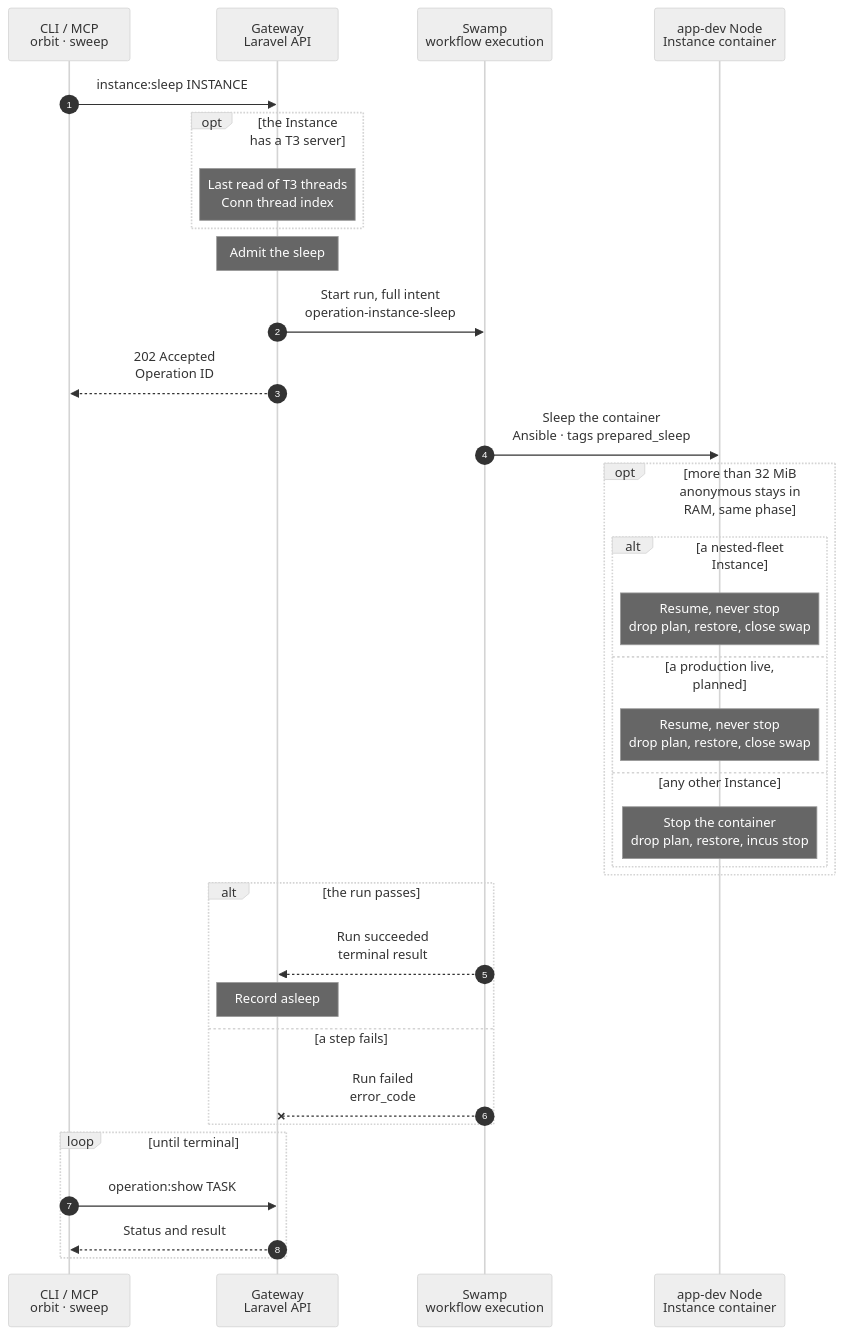
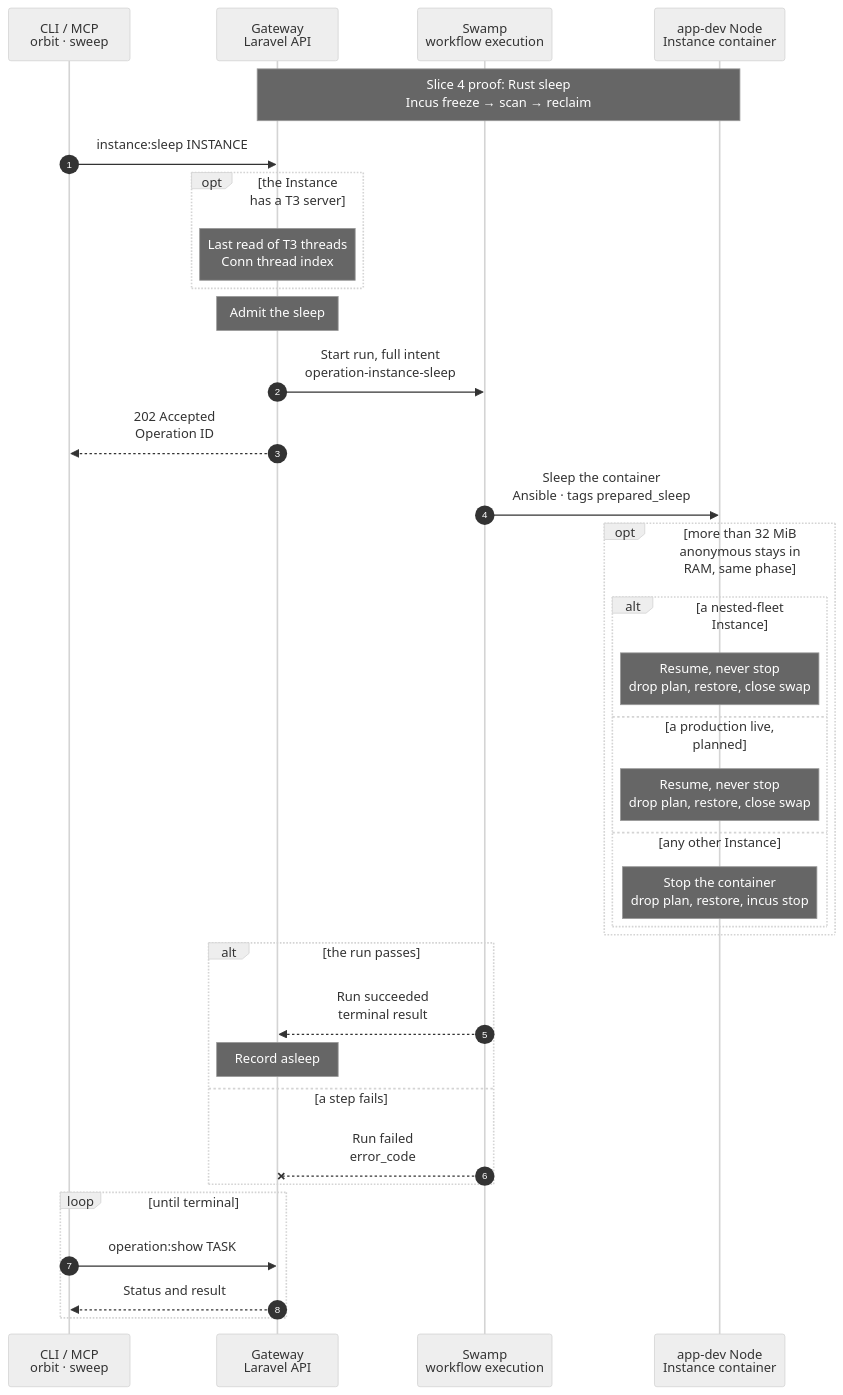
The diagram in docs/cli/instance/sleep.mmd (hardimpactdev/orbit), drawn with Mermaid (neutral theme) before and after one commit. The commit also changed 11 other files, not shown here.

Commit message:
test: cover executor sleep recovery and mark outstanding clone proof

```diff
--- a/docs/cli/instance/sleep.mmd
+++ b/docs/cli/instance/sleep.mmd
@@ -1,113 +1,119 @@
 sequenceDiagram
   %% Container runtime (ADR 0250 step 8, ADR 0261, docs/reference/development-containers.md#sleep-and-wake, docs/reference/prepared-restore.md): freeze a development container, record the pages its processes had resident, move its memory to swap and leave its Route on the wake page. Defaults and nested-fleet Instances sleep under the same rule as clones (owner decision 2026-11-14). The hibernation sweep admits the same kind after an idle hour; the command admits it at once. Planned (ADR 0265, docs/reference/production-containers.md#sleep-and-wake): a production Instance's live release container sleeps by the same rule on its app-prod Node, and never takes the stop.
   %% status: draft
   %% command: instance:sleep
   %% kind: instance.sleep
   %% ADR 0266 slice 4: the proof-only executor.power_proof Operation signs sleep/discard; production instance.sleep stays below until slices 7/8.
   %% Executor sleep: record and fsync non-max subtree swap limits, open them, freeze through Incus local API, scan every process in parallel (pagemap bits 63 OR 62), atomically fsync the plan, reclaim until memory.current settles or 2 s, apply the 32 MiB anonymous policy, write the asleep marker. Recovery keeps an existing valid plan. Discard removes plan and limits after stop/destroy/fresh boot.
   autonumber
   %% lane CLI icon=terminal pill=caller tone=gray
   %% lane GW icon=gateway pill=intent tone=blue
   %% lane SW icon=workflow pill=executes tone=green
   %% lane N icon=server pill=target tone=amber
   participant CLI as CLI / MCP<br/>orbit · sweep
   participant GW as Gateway<br/>Laravel API
   participant SW as Swamp<br/>workflow execution
   participant N as app-dev Node<br/>Instance container
+  Note over GW,N: Slice 4 proof: Rust sleep<br/>Incus freeze → scan → reclaim
+  %%> Executor proof path:
+  %%> - a durable executor.power_proof Operation signs sleep or discard; the observer only relays bytes
+  %%> - Rust records non-max swap limits and fsyncs; Incus API freeze; parallel whole-subtree capture includes pagemap bits 63 and 62
+  %%> - Rust atomically fsyncs the plan; reclaim settles within 2 s; the unchanged 32 MiB residual policy applies; the marker comes last
+  %%> - discard drops the Rust plan and limits after stop, destroy or fresh boot; no production flow switches in this slice
   CLI->>GW: instance:sleep INSTANCE
   %%> Command:
   %%> - `orbit instance:sleep INSTANCE`
   %%> - syntax: `<instance-id> [--json]`
   %%> Callers:
   %%> - the command, at once
   %%> - the idle sleep of the runtime hibernator, every 10 min, after it read no HTTP, wake or deployment activity for an hour and, for an Instance with a T3 server, no T3 activity and no running turn (docs/reference/development-containers.md#sleep-and-wake)
   %%> - planned: the same sweep and command for a production Instance; they act on its live release container, which has no T3 server
   opt the Instance has a T3 server
     Note over GW: Last read of T3 threads<br/>Conn thread index
     %%> When:
     %%> - after the refusals and the replay of a repeated request, before the Instance lock; within 3 seconds
     %%> - only while Conn and its index switch `ORBIT_CONN_THREAD_INDEX_POLL` are on; the sleep setting does not matter
     %%> - a default has no T3 server: nothing to read
     %%> What it does:
     %%> - reads the container T3 server's threads once more, so the index keeps them while the Instance sleeps (docs/reference/conn.md#thread-index)
     %%> On failure:
     %%> - the index keeps its earlier rows; the sleep goes on
   end
   Note over GW: Admit the sleep
   %%> When:
   %%> - an active development container, a default and a nested-fleet Instance included; take the Instance lock
   %%> - planned: a production Instance's live release container; hot and old are never admitted, and the sweep reports `not_live` for them; an open deploy or rollback keeps the Instance awake (`busy`)
   %%> On failure:
   %%> - no container, a non-development Instance, an active task or lifecycle work starts no run
   %%> - planned: the reason `not_development` goes; a production Instance is admitted for its live only
   GW->>SW: Start run, full intent<br/>operation-instance-sleep
   GW-->>CLI: 202 Accepted<br/>Operation ID
   SW->>N: Sleep the container<br/>Ansible · tags prepared_sleep
   %%> What it does:
   %%> - one phase: first installs the power helper from this commit when it differs and probes it, so a failed install changes nothing a visitor sees
   %%> - checks that Caddy's loaded site of the Instance has the asleep rule, else `instance.sleep_route_unready`; an Instance without a published Route has no site and nothing to check; the intent's `route` says which
   %%> - writes the asleep marker, so each request from now on gets the wake page
   %%> - runs `orbit-instance-power prepare` as the unit `orbit-instance-power-<id>`, the Instance's lock; a busy lock is retried 0.25 s apart, 40 times
   %%> - prepare reads the state from Incus first; running: removes the earlier plan and `sleep.json`, writes `max` to `memory.swap.max` of every cgroup of the subtree that holds 0 and records them in `limits.json` before the pause; `incus pause`
   %%> - prepare, frozen: lists `cgroup.procs` of the whole subtree, every process alike, and records each one's identity and the resident pages of its readable mappings; publishes the plan atomically; one `memory.reclaim`
   %%> - then runs `orbit-instance-power residual` until anonymous and file memory are 0, 20 calls 0.1 s apart, through the same call and busy rule as `prepare`; each call reads `memory.stat` once and stores it in `sleep.json`; the last one is what stays in RAM
   %%> - a frozen container stays as it is, keeps its plan for the next wake and reports the earlier sleep's result from `sleep.json`; a stopped one stays stopped, its old plan is discarded, `not_applicable`
   %%> - a busy lock is only systemd's `UnitExists` refusal; a helper crash fails the phase with `instance.power_helper_failed`, never retried
   %%> - a nested-fleet Instance gets no plan: `skipped`, `placement_unproven`
   %%> Why:
   %%> - one phase: each Ansible start costs about 4 s
   %%> - the marker comes before the freeze: a request during the freeze gets the wake page, not a hang
   %%> - the plan is taken frozen, so it is exact; the reclaim follows it, so nothing stays in RAM by design
   %%> - with only the outer cgroup open, 1,531 MiB of a nested default stayed in RAM: a cgroup with 0 keeps its pages
   %%> Not included:
   %%> - no HTTP request, no command in the container, no app file read, no route or process-name choice
   %%> On failure:
   %%> - a capture that is unsupported, too large (docs/reference/prepared-restore.md#bounds) or too slow leaves no plan; the sleep goes on, `skipped` with its reason
   %%> - a failed swap write or pause closes each limit it opened and removes the marker, `instance.container_freeze_failed`; the container serves as before
   opt more than 32 MiB anonymous stays in RAM, same phase
     alt a nested-fleet Instance
       Note over N: Resume, never stop<br/>drop plan, restore, close swap
       %%> Why:
       %%> - a stop loses the Club key in /run and the tunnel `wg-nested`; only a deployment or a start gives them back
       %%> Result:
       %%> - the container runs again, swap closes on each cgroup the freeze opened, the marker goes; the run fails `instance.container_freeze_failed`
       %%> - the Instance serves as before; free swap and run the command again
     else a production live, planned
       Note over N: Resume, never stop<br/>drop plan, restore, close swap
       %%> Why:
       %%> - a stopped live would cold-boot its Processes and timers at the next visit (ADR 0265)
       %%> Result:
       %%> - live runs again, swap closes on each cgroup the freeze opened, the marker goes; the run fails `instance.container_freeze_failed`
       %%> - the sweep keeps live awake for one idle window with `swap_full`
     else any other Instance
       Note over N: Stop the container<br/>drop plan, restore, incus stop
       %%> Why:
       %%> - swap is full; a frozen container would hold RAM, which a sleep exists to free
       %%> Result:
       %%> - `sleep: stopped`; `discard --plan-only` dropped the plan before the resume, so no prefetch ran while swap is full; `skipped`, `stopped`; the next wake boots it behind the same marker
       %%> On failure:
       %%> - the resumed container runs: swap closes again, the marker goes, `instance.container_freeze_failed`
     end
   end
   alt the run passes
     %% path: main
     SW-->>GW: Run succeeded<br/>terminal result
     Note over GW: Record asleep
     %%> Result:
     %%> - the runtime's `power_state` is `stopped` for a frozen and a stopped container; the result says `sleep: frozen` or `sleep: stopped`, and `swap_subtree`, the number of inner cgroups the freeze opened
     %%> - `prepared_restore`: `ready` with the plan's processes, bytes and `prepare_seconds`, or `unsupported`, `skipped` or `not_applicable` with a reason; `residual_anon_bytes` and `residual_file_bytes` from the last read
     %%> - `t3_turn` is `idle` when the idle sleep read T3 first, `no_server` for an Instance without a T3 server, whoever started the sleep, and `not_checked` for the command
     %%> - the Conn layer shows its T3 server asleep; the hourly renewal skips it
     %%> - planned, a production live: Caddy holds each request that meets the marker while the wake runs (wake.mmd); live's swap opened for the sleep, and a running live never swaps
   else a step fails
     %% path: failed
     SW--xGW: Run failed<br/>error_code
     %%> Result:
     %%> - `power_state` stays as it was. A marker left on a running container is harmless: the next request wakes the Instance, which removes it
     %%> Retry:
     %%> - the same command again
   end
   loop until terminal
     CLI->>GW: operation:show TASK
     GW-->>CLI: Status and result
   end
```
